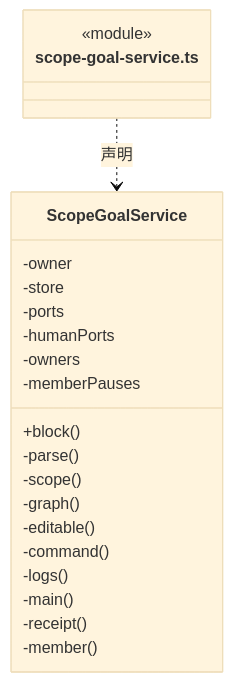
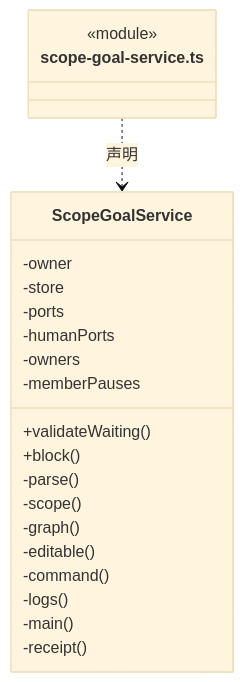
Before and after one commit to nan023062/cbim: diagram 12 of 25 in src/logic/tasks/runtime/ARCHITECTURE.md, drawn with Mermaid (base theme). The commit also changed other lines of this file and 139 other files, not shown here.

Commit message:
docs(architecture): add source reading paths and complete file inventories

````diff
--- a/src/logic/tasks/runtime/ARCHITECTURE.md
+++ b/src/logic/tasks/runtime/ARCHITECTURE.md
@@ -293,25 +304,25 @@
 ```mermaid
 classDiagram
 class N_src_logic_tasks_runtime_scope_goal_service_ts["scope-goal-service.ts"] {
   <<module>>
 }
 class N_src_logic_tasks_runtime_scope_goal_service_ts_ScopeGoalService["ScopeGoalService"] {
+  +validateWaiting()
   +block()
   -owner
   -store
   -ports
   -humanPorts
   -owners
   -memberPauses
   -parse()
   -scope()
   -graph()
   -editable()
   -command()
   -logs()
   -main()
   -receipt()
-  -member()
 }
 N_src_logic_tasks_runtime_scope_goal_service_ts ..> N_src_logic_tasks_runtime_scope_goal_service_ts_ScopeGoalService : 声明
 ```
````
